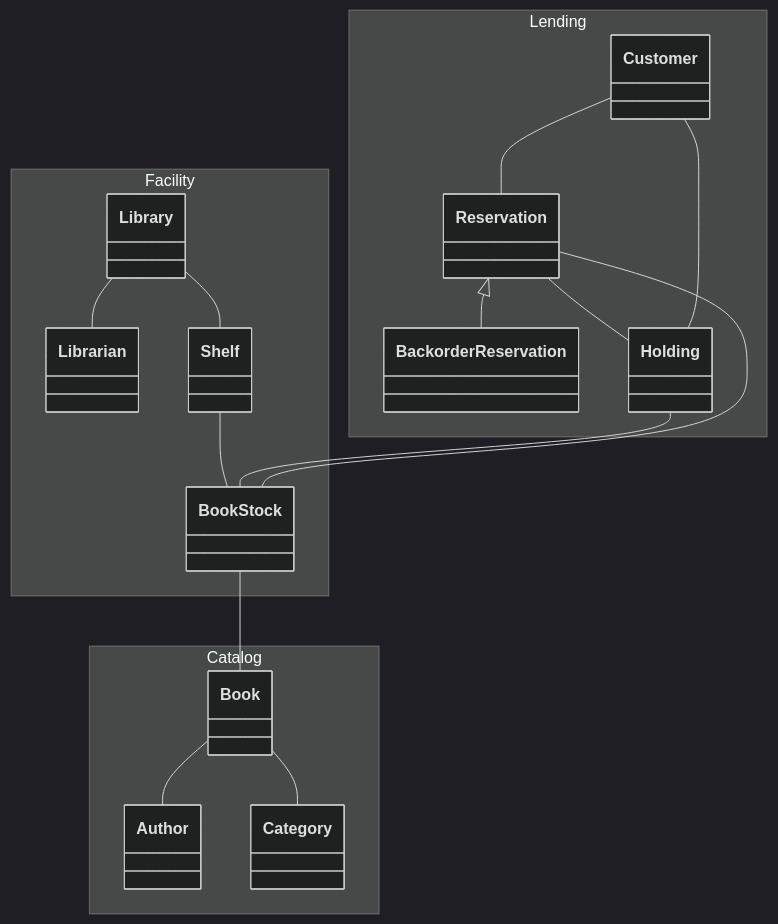
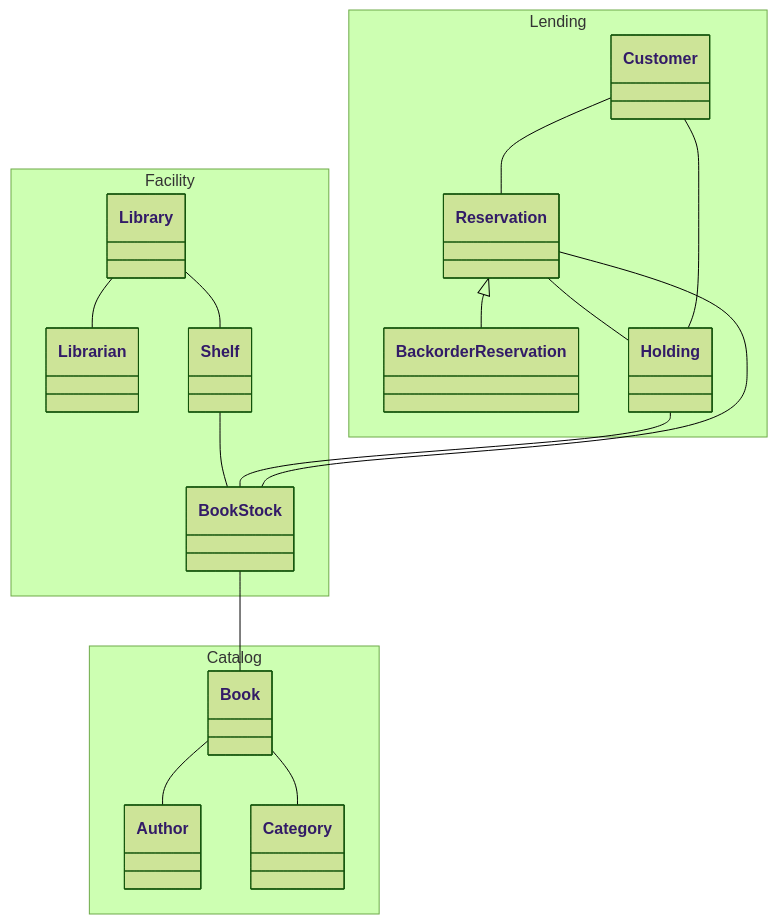
Before and after one commit to shinnosuke0522/my-library-app-with-ddd: the diagram in docs/diagram/class.mmd, drawn with Mermaid.

Commit message:
Update theme
update theme for diagram

```diff
--- a/docs/diagram/class.mmd
+++ b/docs/diagram/class.mmd
@@ -1,37 +1,37 @@
-%%{init:{'theme':'dark'}}%%
+%%{init:{'theme':'forest'}}%%
 classDiagram
     namespace Catalog {
         class Book
         class Author
         class Category
     }
     Book -- Author
     Book -- Category
 
     namespace Facility {
         class Library
         class Librarian
         class Shelf
         class BookStock
     }
     Library -- Shelf
     Library -- Librarian
     Shelf -- BookStock
 
     namespace Lending {
         class Customer
         class Reservation
         class BackorderReservation
         class Holding
     }
     Customer -- Reservation
     Reservation <|-- BackorderReservation
     Reservation -- Holding
     Customer -- Holding
 
     %% Dependency between Facility and Catalog
     BookStock -- Book
 
     %% Dependency between Lending and Facility
     Holding -- BookStock
     Reservation -- BookStock
```
